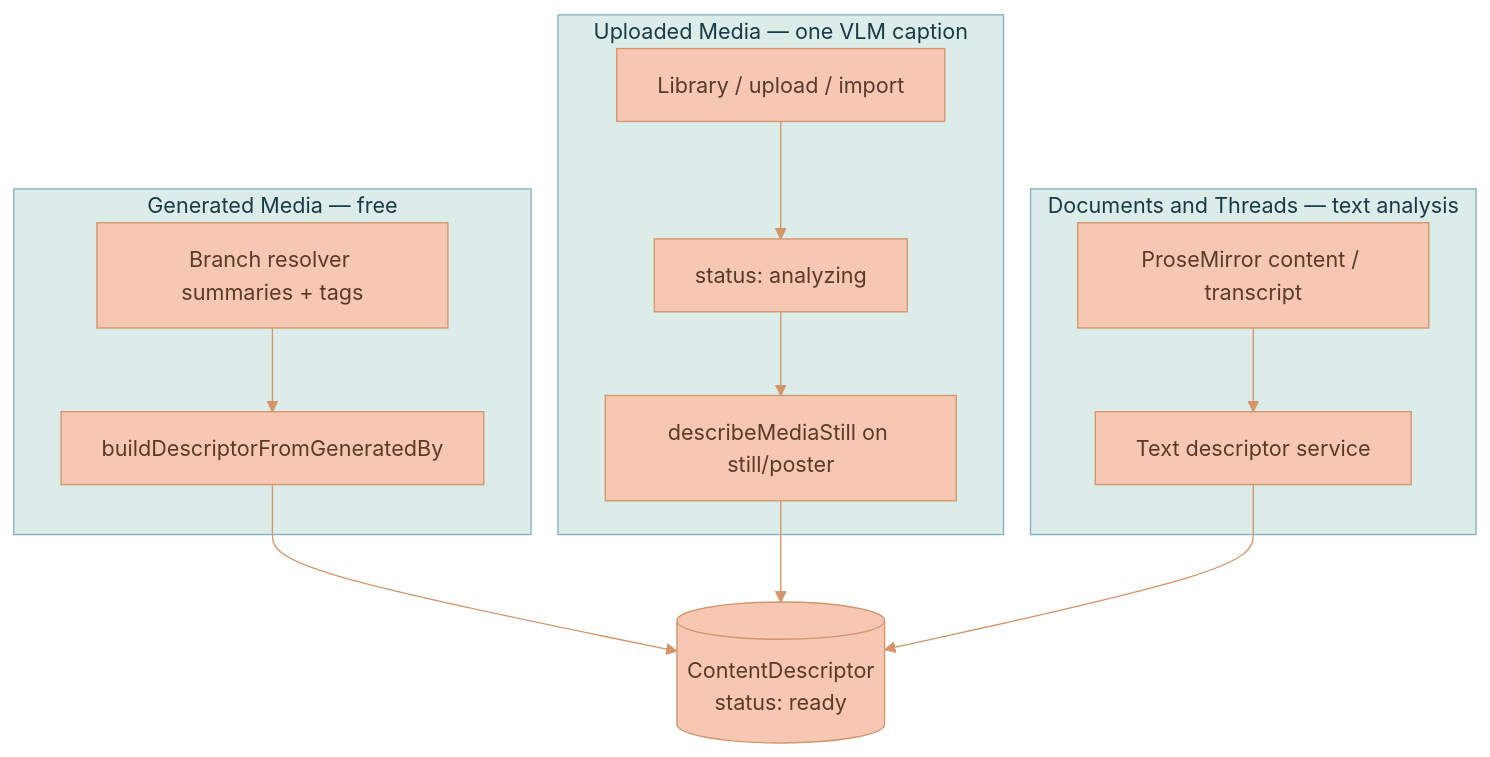
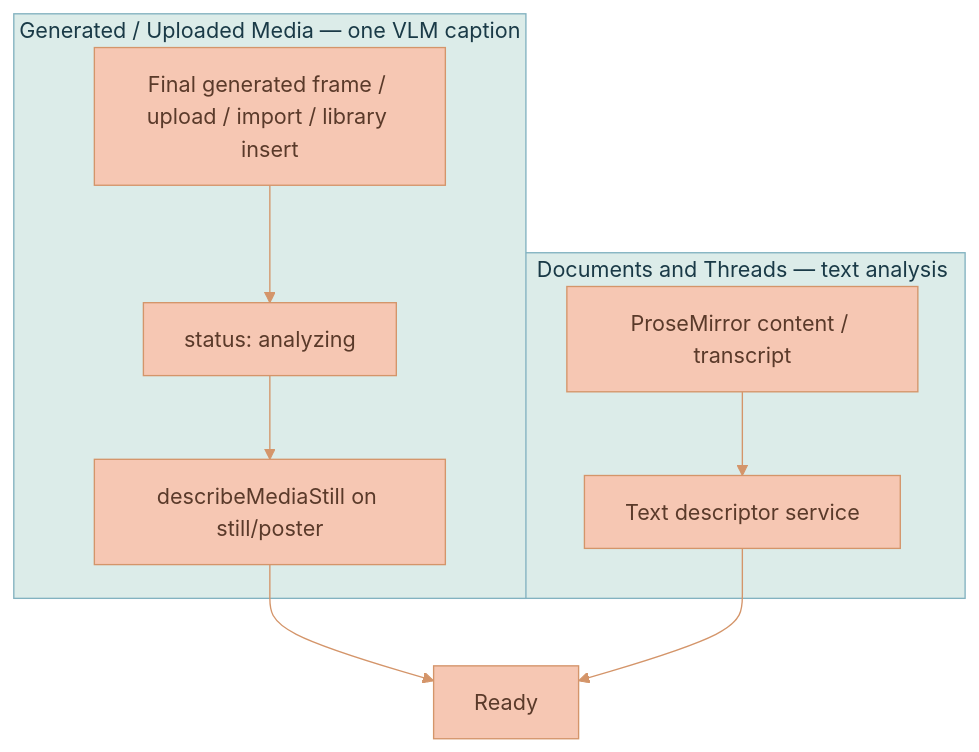
One commit to Lixpi/lixpi changed the diagram in documentation/ai-chat/MEDIA-DESCRIPTORS.md. Above: the diagram before and after it, drawn with Mermaid. The commit also changed other lines of this file and 21 other files, not shown here.

Commit message:
LIX-270 # Fix branch lineage and media descriptions

````diff
--- a/documentation/ai-chat/MEDIA-DESCRIPTORS.md
+++ b/documentation/ai-chat/MEDIA-DESCRIPTORS.md
@@ -72,26 +72,19 @@
 ```mermaid
 %%{init: {'theme': 'base', 'themeVariables': { 'primaryColor': '#F6C7B3', 'primaryTextColor': '#5a3a2a', 'primaryBorderColor': '#d4956a', 'secondaryColor': '#C3DEDD', 'secondaryTextColor': '#1a3a47', 'secondaryBorderColor': '#4a8a9d', 'tertiaryColor': '#DCECE9', 'tertiaryTextColor': '#1a3a47', 'tertiaryBorderColor': '#82B2C0', 'lineColor': '#d4956a', 'textColor': '#5a3a2a'}}}%%
 flowchart TB
-    subgraph Generated["Generated Media — free"]
-        Gen[Branch resolver summaries + tags]
-        GenBuild[buildDescriptorFromGeneratedBy]
-        Gen --> GenBuild
-    end
-
-    subgraph Uploaded["Uploaded Media — one VLM caption"]
-        Up[Library / upload / import]
+    subgraph Media["Generated / Uploaded Media — one VLM caption"]
+        Up[Final generated frame / upload / import / library insert]
         UpAnalyze[status: analyzing]
         UpDescribe[describeMediaStill on still/poster]
         Up --> UpAnalyze --> UpDescribe
     end
 
     subgraph Text["Documents and Threads — text analysis"]
         Txt[ProseMirror content / transcript]
         TxtSummary[Text descriptor service]
         Txt --> TxtSummary
     end
 
-    GenBuild --> Ready[(ContentDescriptor<br/>status: ready)]
     UpDescribe --> Ready
     TxtSummary --> Ready
 ```
````
